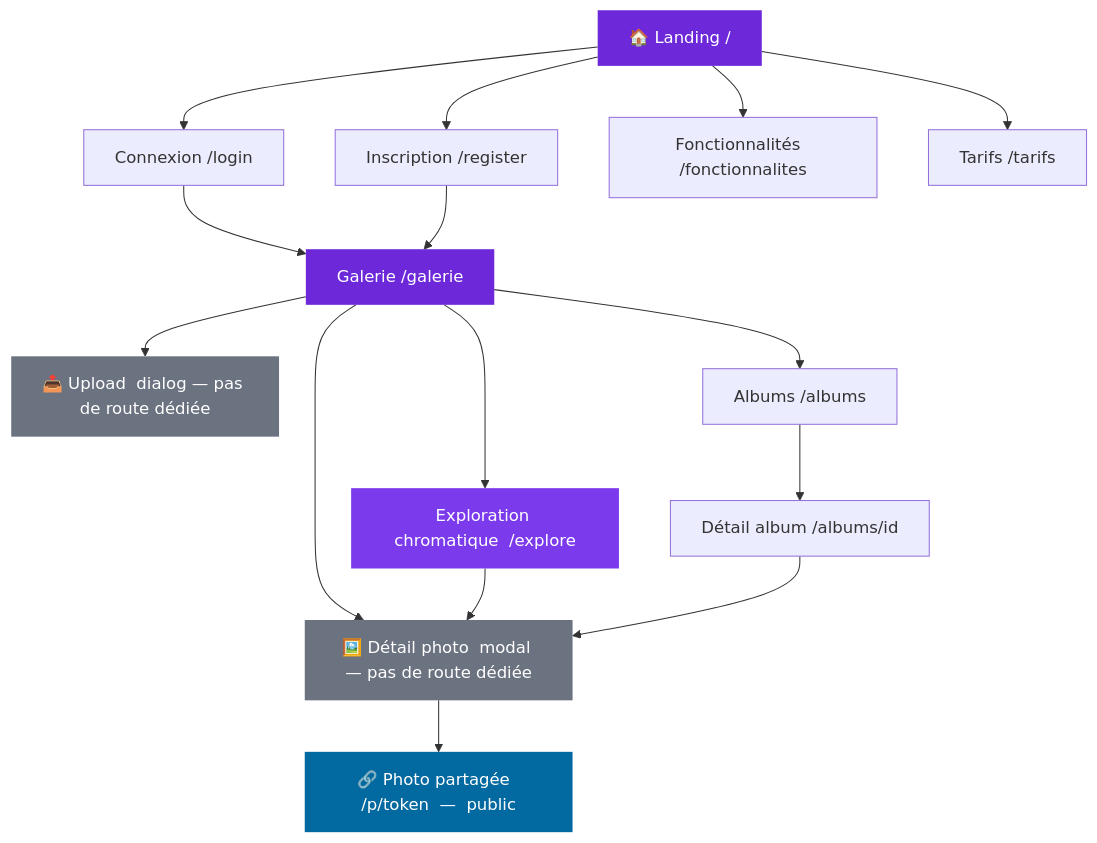
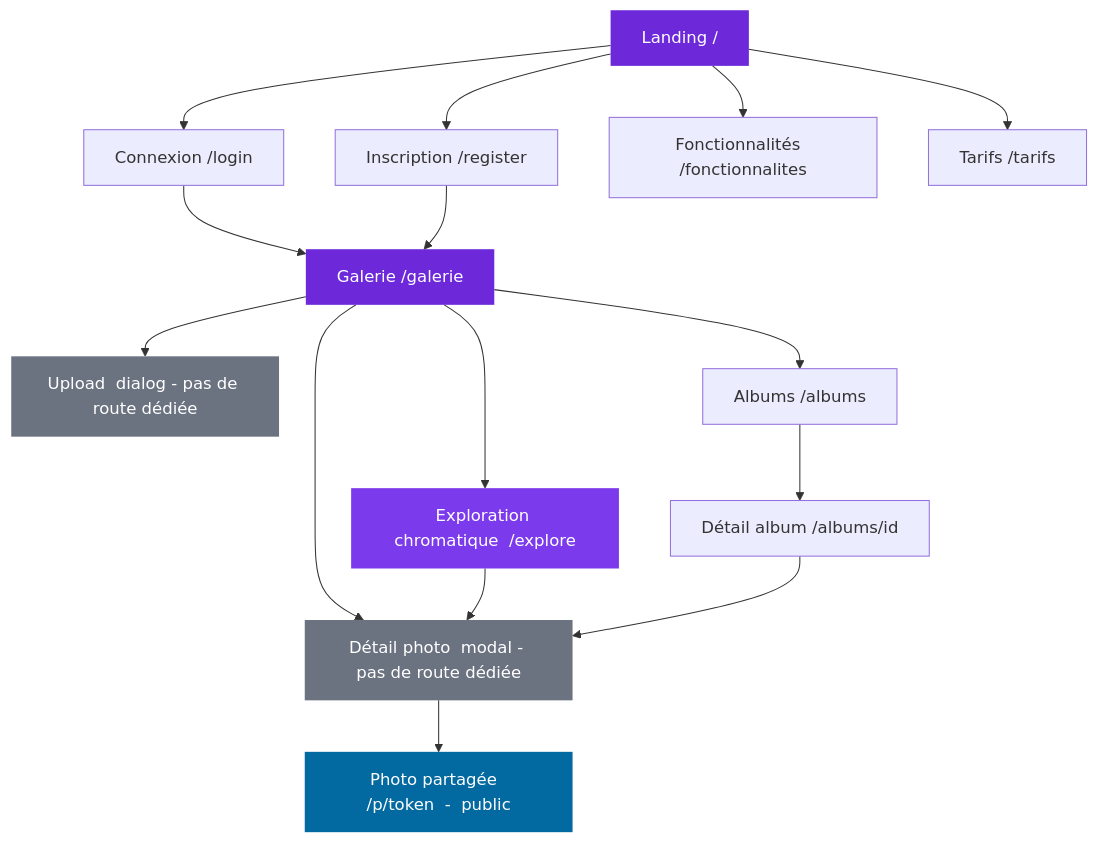
One commit to TonyMascate/fil_rouge_plateforme changed the diagram in docs/architecture-pages.md. Above: the diagram before and after it, drawn with Mermaid. The commit also changed other lines of this file and 62 other files, not shown here.

````diff
--- a/docs/architecture-pages.md
+++ b/docs/architecture-pages.md
@@ -5,31 +5,31 @@
 ```mermaid
 flowchart TD
-    LANDING["🏠 Landing  /"]
+    LANDING["Landing  /"]
 
     LANDING --> LOGIN["Connexion  /login"]
     LANDING --> REGISTER["Inscription  /register"]
     LANDING --> FONCTIONNALITES["Fonctionnalités  /fonctionnalites"]
     LANDING --> TARIFS["Tarifs  /tarifs"]
 
     LOGIN --> GALLERY["Galerie  /galerie"]
     REGISTER --> GALLERY
 
-    GALLERY --> UPLOAD["📤 Upload  dialog — pas de route dédiée"]
+    GALLERY --> UPLOAD["Upload  dialog - pas de route dédiée"]
     GALLERY --> CHROMATIC["Exploration chromatique  /explore"]
     GALLERY --> ALBUMS_LIST["Albums  /albums"]
-    GALLERY --> PHOTO_MODAL["🖼️ Détail photo  modal — pas de route dédiée"]
+    GALLERY --> PHOTO_MODAL["Détail photo  modal - pas de route dédiée"]
 
     CHROMATIC --> PHOTO_MODAL
 
     ALBUMS_LIST --> ALBUM_DETAIL["Détail album  /albums/id"]
     ALBUM_DETAIL --> PHOTO_MODAL
 
-    PHOTO_MODAL --> SHARED["🔗 Photo partagée  /p/token  —  public"]
+    PHOTO_MODAL --> SHARED["Photo partagée  /p/token  -  public"]
 
     style LANDING fill:#6d28d9,color:#fff,stroke:none
     style GALLERY fill:#6d28d9,color:#fff,stroke:none
     style SHARED fill:#0369a1,color:#fff,stroke:none
     style CHROMATIC fill:#7c3aed,color:#fff,stroke:none
     style UPLOAD fill:#6b7280,color:#fff,stroke:none
     style PHOTO_MODAL fill:#6b7280,color:#fff,stroke:none
 ```
````
